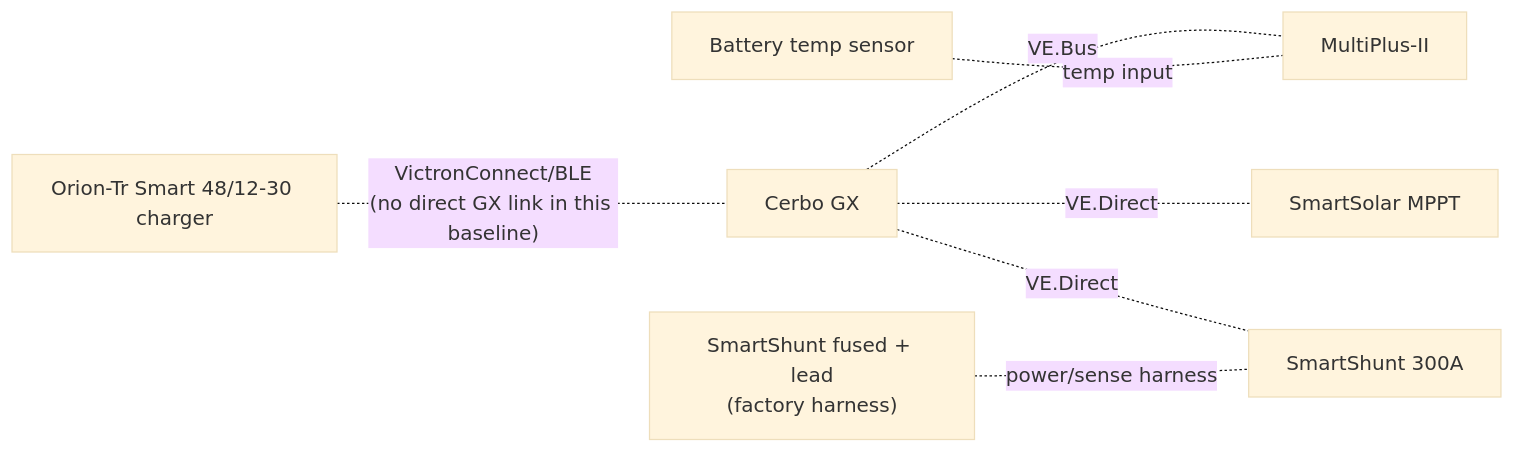
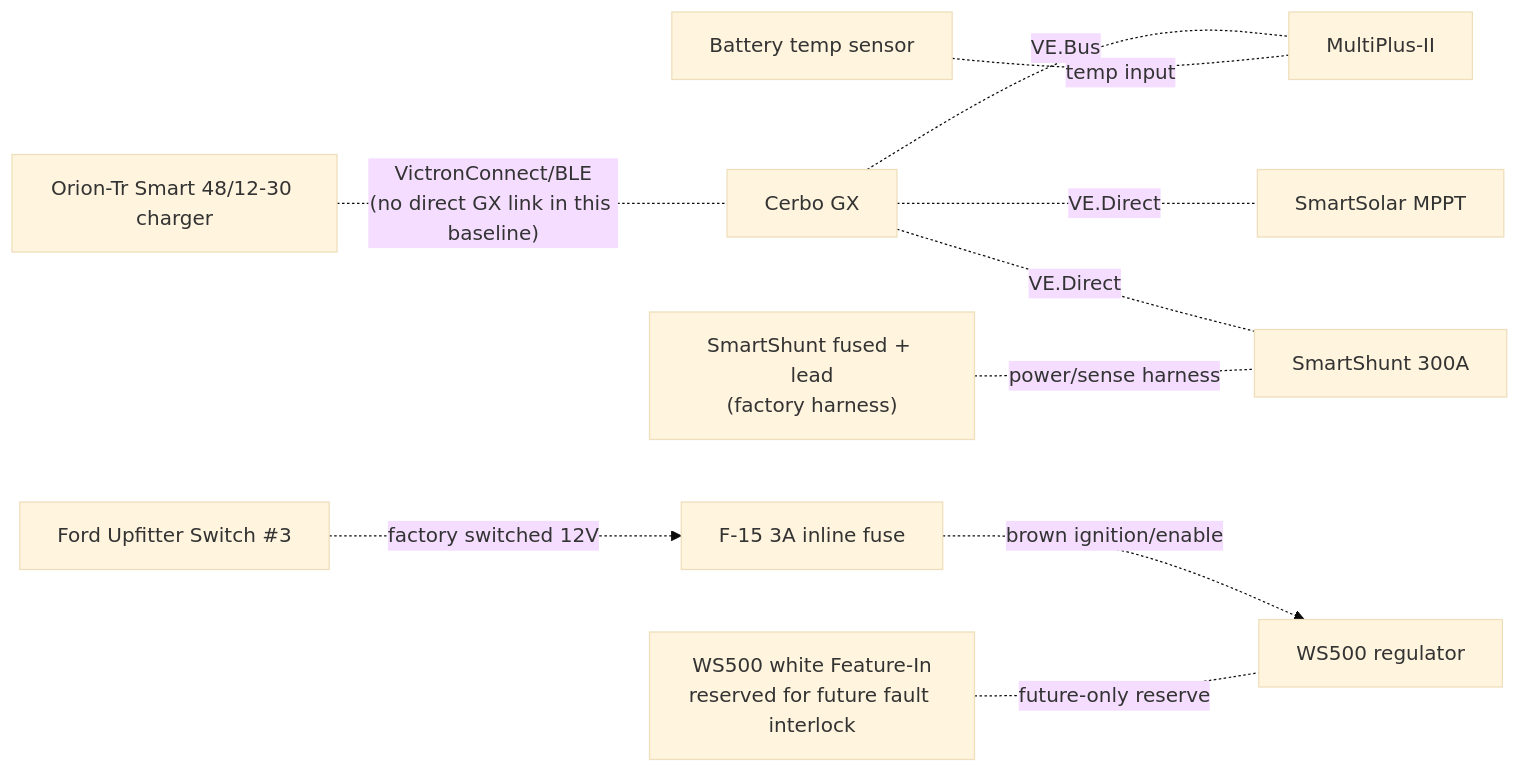
One commit to DataDaneDev/HiatusBuild changed the fourth of 4 diagrams in docs/implementation/ELECTRICAL_overview_diagram.md. Above: the diagram before and after it, drawn with Mermaid (base theme). The commit also changed other lines of this file and 37 other files, not shown here.

````diff
--- a/docs/implementation/ELECTRICAL_overview_diagram.md
+++ b/docs/implementation/ELECTRICAL_overview_diagram.md
@@ -267,17 +271,23 @@
 ```mermaid
 flowchart LR
     CERBO["Cerbo GX"]
     MULTI["MultiPlus-II"]
     MPPT["SmartSolar MPPT"]
     SHUNT["SmartShunt 300A"]
     ORION["Orion-Tr Smart 48/12-30 charger"]
     BTEMP["Battery temp sensor"]
     SHUNT_PWR["SmartShunt fused + lead\n(factory harness)"]
+    UP3["Ford Upfitter Switch #3"]
+    F15["F-15 3A inline fuse"]
+    WS500["WS500 regulator"]
+    FEAT["WS500 white Feature-In\nreserved for future fault interlock"]
 
     CERBO -. "VE.Bus" .- MULTI
     CERBO -. "VE.Direct" .- MPPT
     CERBO -. "VE.Direct" .- SHUNT
     ORION -. "VictronConnect/BLE\n(no direct GX link in this baseline)" .- CERBO
     BTEMP -. "temp input" .- MULTI
     SHUNT_PWR -. "power/sense harness" .- SHUNT
+    UP3 -. "factory switched 12V" .-> F15 -. "brown ignition/enable" .-> WS500
+    FEAT -. "future-only reserve" .- WS500
 ```
````
